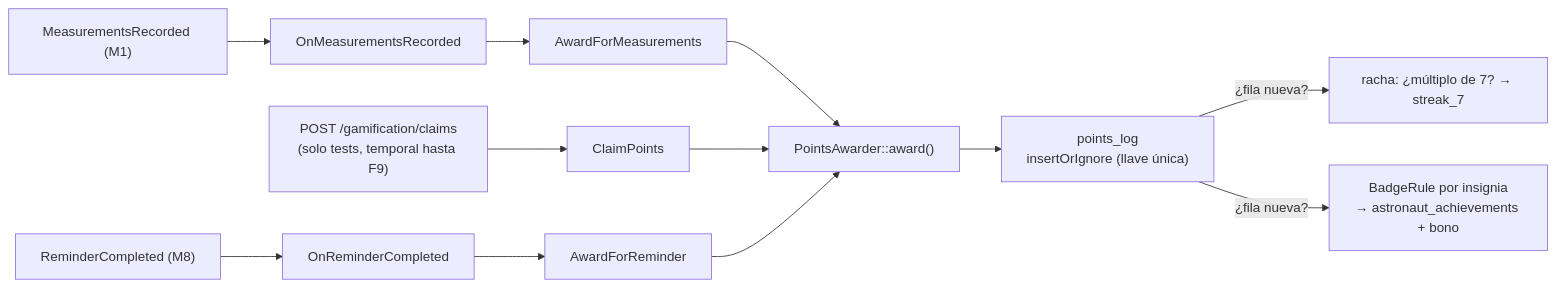
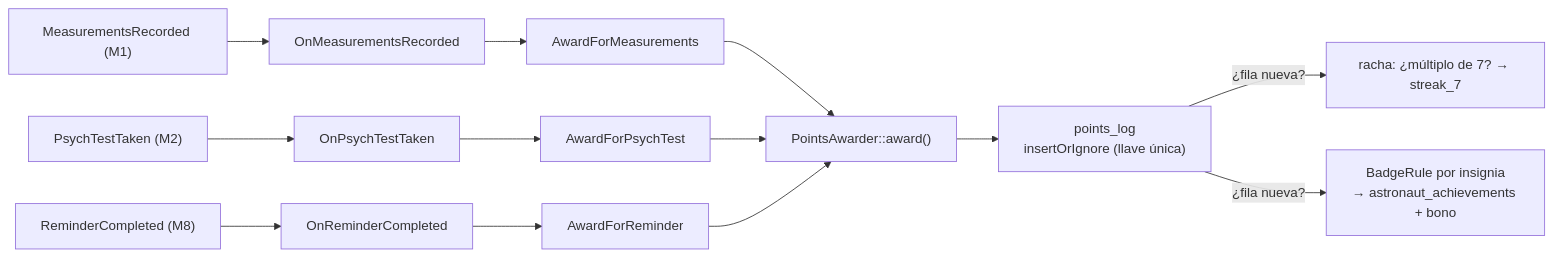
Before and after one commit to HACKATHON-NASA/ARTEMIS-III: the diagram in astrohealth/docs/backend/M7-gamificacion/README.md, drawn with Mermaid. The commit also changed other lines of this file and 59 other files, not shown here.

````diff
--- a/astrohealth/docs/backend/M7-gamificacion/README.md
+++ b/astrohealth/docs/backend/M7-gamificacion/README.md
@@ -15,10 +15,10 @@
 ```mermaid
 flowchart LR
     E1["MeasurementsRecorded (M1)"] --> L1["OnMeasurementsRecorded"] --> U1["AwardForMeasurements"]
     E2["ReminderCompleted (M8)"] --> L2["OnReminderCompleted"] --> U3["AwardForReminder"]
-    C["POST /gamification/claims<br/>(solo tests, temporal hasta F9)"] --> U2["ClaimPoints"]
+    E3["PsychTestTaken (M2)"] --> L3["OnPsychTestTaken"] --> U2["AwardForPsychTest"]
     U1 & U2 & U3 --> A["PointsAwarder::award()"]
     A --> P["points_log<br/>insertOrIgnore (llave única)"]
     P -- "¿fila nueva?" --> S["racha: ¿múltiplo de 7? → streak_7"]
     P -- "¿fila nueva?" --> B["BadgeRule por insignia<br/>→ astronaut_achievements + bono"]
 ```
````
